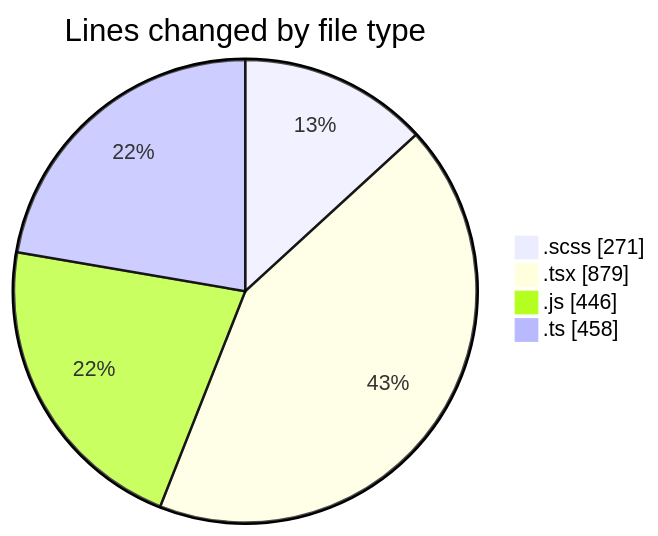
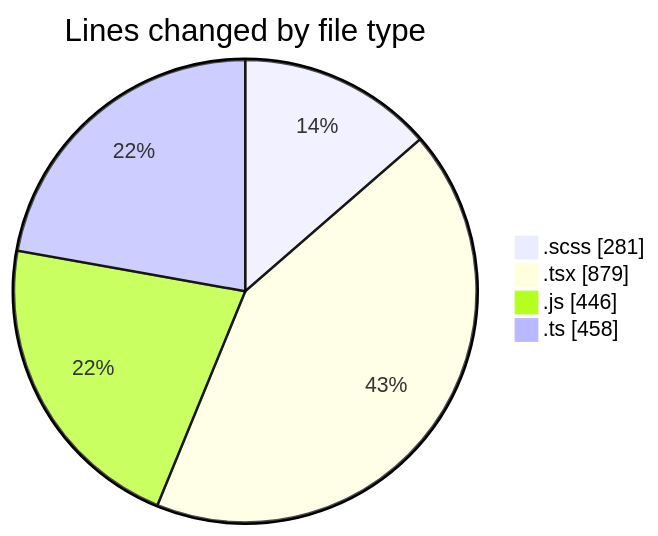
Before and after one commit to momahboobian/code-tracking: the first of 2 diagrams in 2025-03-14/cda/README.md, drawn with Mermaid. The commit also changed other lines of this file and 1 other file, not shown here.

````diff
--- a/2025-03-14/cda/README.md
+++ b/2025-03-14/cda/README.md
@@ -34,8 +34,8 @@
 ```mermaid
 pie showData
 title Lines changed by file type
-".scss" : 271
+".scss" : 281
 ".tsx" : 879
 ".js" : 446
 ".ts" : 458
 ```
````
